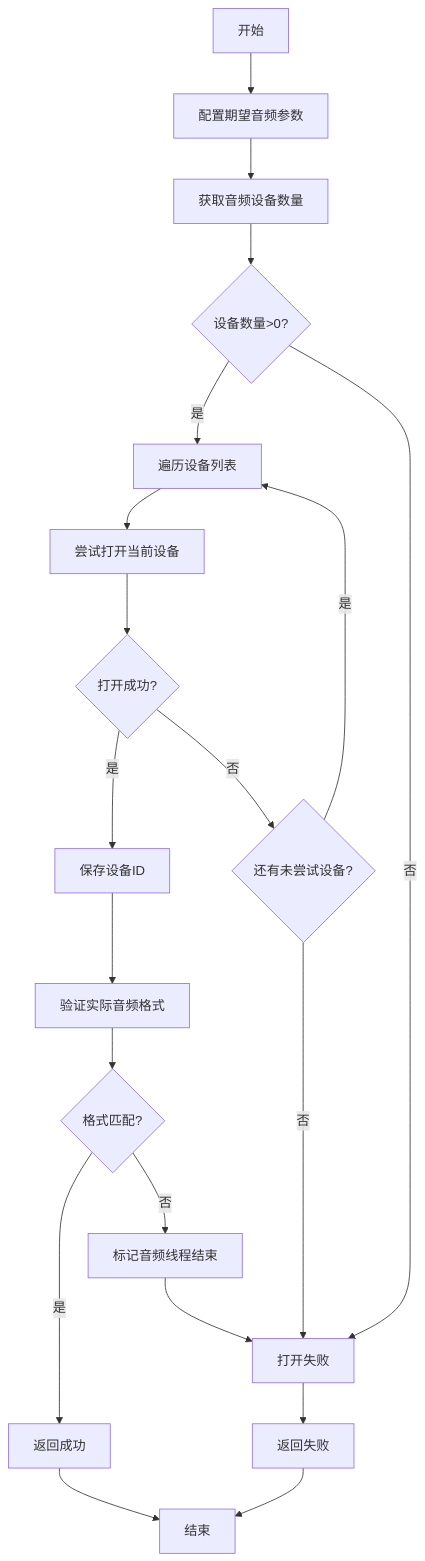
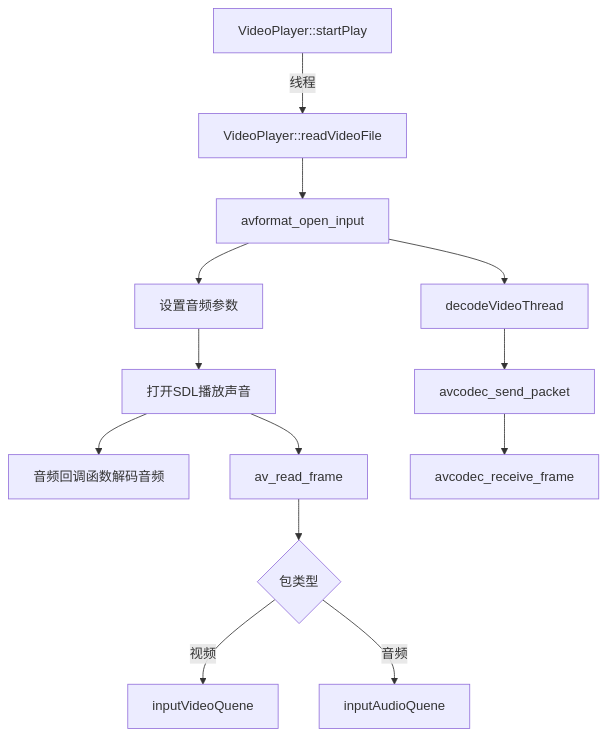
The diagram in ffmpeg/video_player/VideoPlayer/src/VideoPlayer/VideoPlayer.cpp.md (melonbo/reference_code_cxx), drawn with Mermaid before and after one commit. The commit also changed other lines of this file, not shown here.

````diff
--- a/ffmpeg/video_player/VideoPlayer/src/VideoPlayer/VideoPlayer.cpp.md
+++ b/ffmpeg/video_player/VideoPlayer/src/VideoPlayer/VideoPlayer.cpp.md
@@ -4,22 +3,15 @@
 ```mermaid
 flowchart TD
-    A[开始] --> B[配置期望音频参数]
-    B --> C[获取音频设备数量]
-    C --> D{设备数量>0?}
-    D -- 是 --> E[遍历设备列表]
-    D -- 否 --> K[打开失败]
-    E --> F[尝试打开当前设备]
-    F --> G{打开成功?}
-    G -- 是 --> H[保存设备ID]
-    G -- 否 --> I{还有未尝试设备?}
-    I -- 是 --> E
-    I -- 否 --> K
-    H --> J[验证实际音频格式]
-    J --> L{格式匹配?}
-    L -- 是 --> M[返回成功]
-    L -- 否 --> N[标记音频线程结束]
-    N --> K
-    K --> O[返回失败]
-    M --> P[结束]
-    O --> P
+    A[VideoPlayer::startPlay] --线程--> B[VideoPlayer::readVideoFile]
+    B --> T1[avformat_open_input]
+    T1 --> T2[decodeVideoThread]
+    T1 --> T13[设置音频参数]
+    T13 --> T14[打开SDL播放声音]
+    T14 --> T19[音频回调函数解码音频]
+    T14 --> T15[av_read_frame]
+    T15 --> T16{包类型}
+    T16 -->|视频| T17[inputVideoQuene]
+    T16 -->|音频| T18[inputAudioQuene]
+	T2 --> T21[avcodec_send_packet]
+	T21 --> T22[avcodec_receive_frame]
 ```
````
